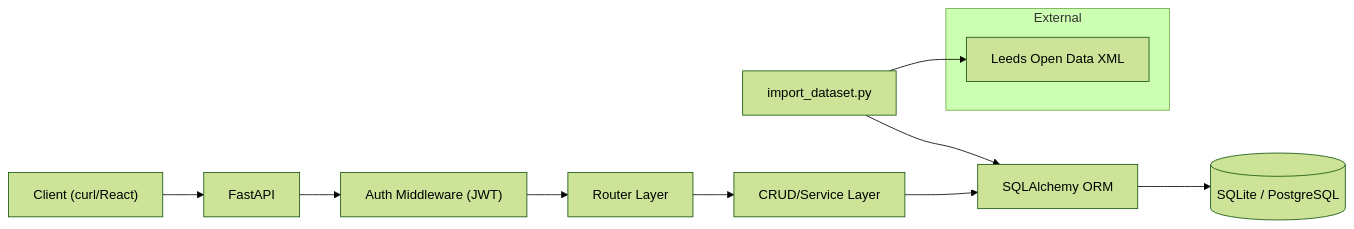
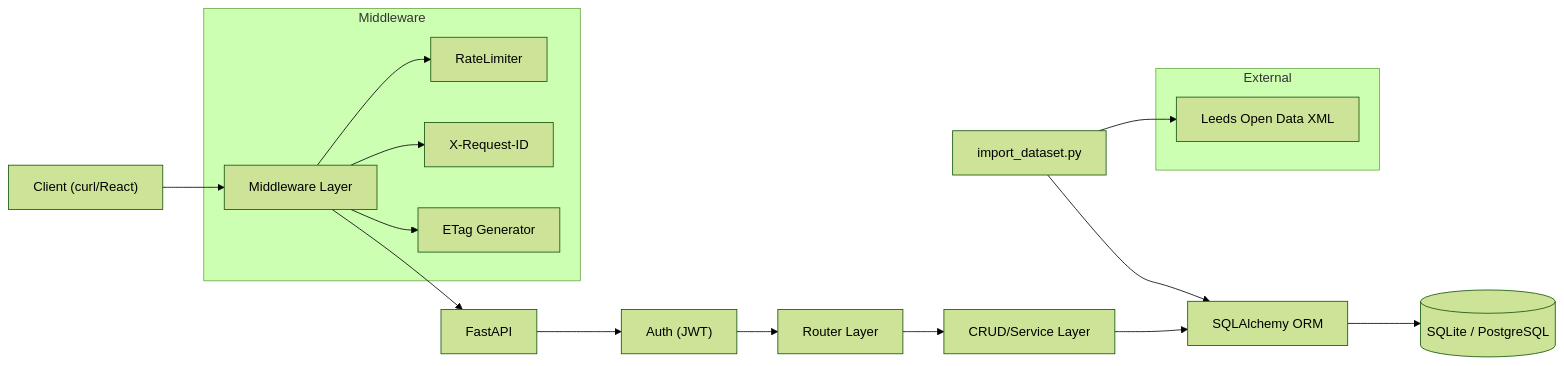
The first of 2 diagrams in TECHNICAL_REPORT.md (NathS04/comp3011-cw1-api), drawn with Mermaid (forest theme) before and after one commit. The commit also changed other lines of this file, not shown here.

Commit message:
docs(report): sync ERD/security/testing/eval (39 tests, ETag)

````diff
--- a/TECHNICAL_REPORT.md
+++ b/TECHNICAL_REPORT.md
@@ -58,16 +75,23 @@
 ```mermaid
 flowchart LR
-    Client["Client (curl/React)"] --> FastAPI
-    FastAPI --> Auth["Auth Middleware (JWT)"]
+    Client["Client (curl/React)"] --> MW["Middleware Layer"]
+    MW --> FastAPI
+    FastAPI --> Auth["Auth (JWT)"]
     Auth --> Routes["Router Layer"]
     Routes --> CRUD["CRUD/Service Layer"]
     CRUD --> ORM["SQLAlchemy ORM"]
     ORM --> DB[(SQLite / PostgreSQL)]
+    
+    subgraph Middleware
+        MW --> RateLimiter
+        MW --> RequestID["X-Request-ID"]
+        MW --> ETag["ETag Generator"]
+    end
     
     subgraph External
         Leeds["Leeds Open Data XML"]
     end
     
     ImportScript["import_dataset.py"] --> Leeds
     ImportScript --> ORM
 ```
````
